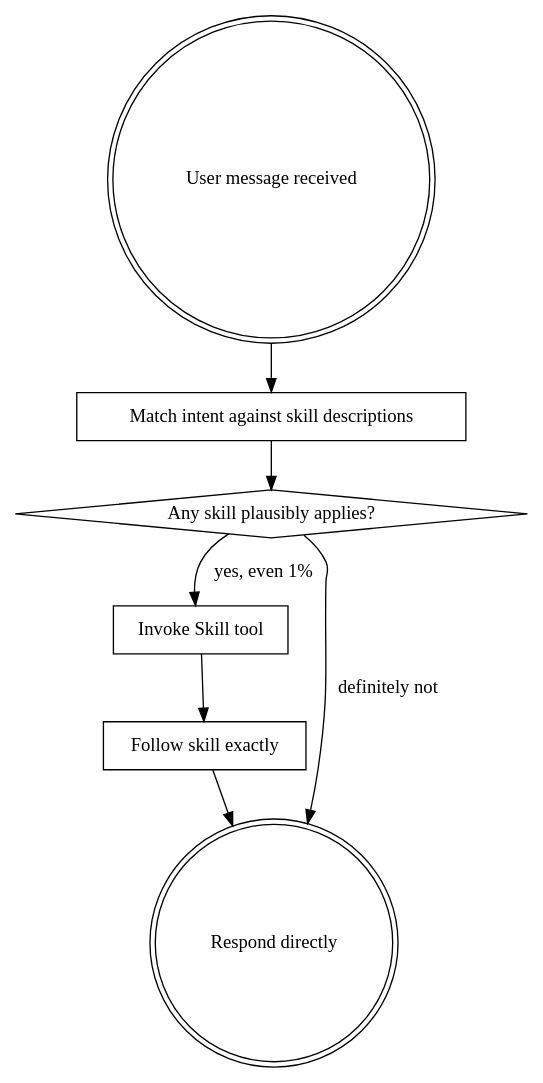
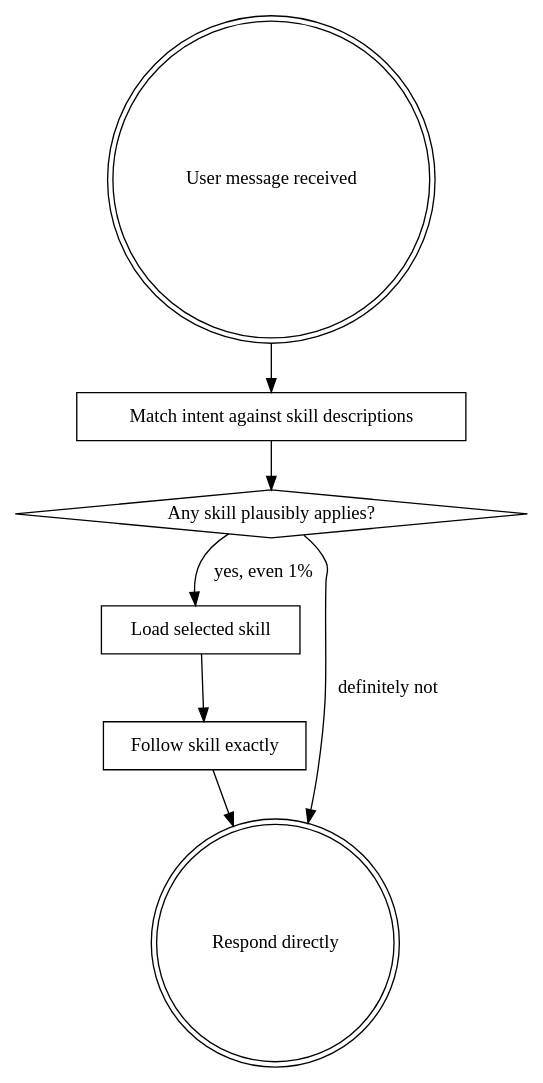
Before and after one commit to Yesterday-AI/ytstack: the diagram in skills/using-ytstack/SKILL.md, drawn with Graphviz. The commit also changed other lines of this file and 38 other files, not shown here.

````diff
--- a/skills/using-ytstack/SKILL.md
+++ b/skills/using-ytstack/SKILL.md
@@ -72,17 +74,17 @@
 ```dot
 digraph using_ytstack {
     "User message received" [shape=doublecircle];
     "Match intent against skill descriptions" [shape=box];
     "Any skill plausibly applies?" [shape=diamond];
-    "Invoke Skill tool" [shape=box];
+    "Load selected skill" [shape=box];
     "Follow skill exactly" [shape=box];
     "Respond directly" [shape=doublecircle];
 
     "User message received" -> "Match intent against skill descriptions";
     "Match intent against skill descriptions" -> "Any skill plausibly applies?";
-    "Any skill plausibly applies?" -> "Invoke Skill tool" [label="yes, even 1%"];
+    "Any skill plausibly applies?" -> "Load selected skill" [label="yes, even 1%"];
     "Any skill plausibly applies?" -> "Respond directly" [label="definitely not"];
-    "Invoke Skill tool" -> "Follow skill exactly";
+    "Load selected skill" -> "Follow skill exactly";
     "Follow skill exactly" -> "Respond directly";
 }
 ```
````
